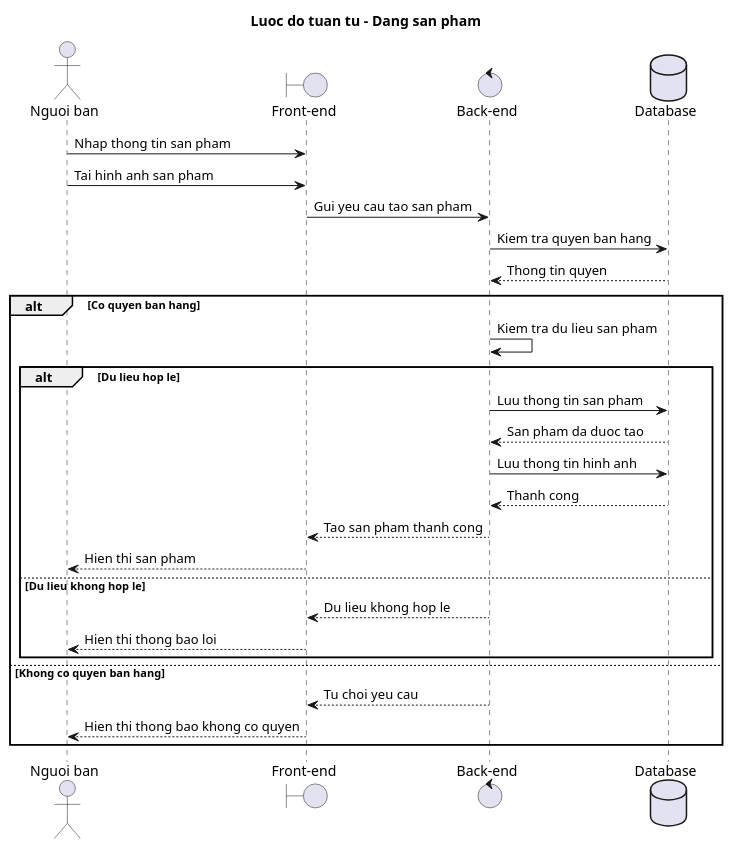
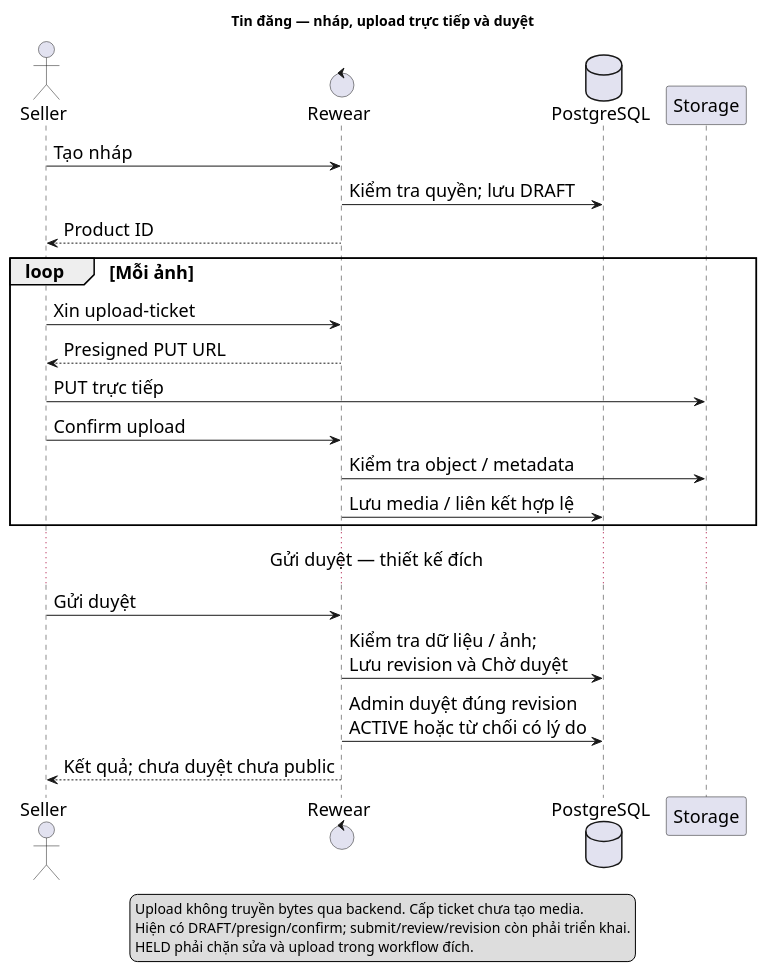
The diagram in docs/diagrams/sequences/create-product.sequence.puml (buihaiduongdev/rewear-be), drawn with PlantUML before and after one commit. The commit also changed 34 other files, not shown here.

Commit message:
docs: align business specifications and report diagrams

```diff
--- a/docs/diagrams/sequences/create-product.sequence.puml
+++ b/docs/diagrams/sequences/create-product.sequence.puml
@@ -1,38 +1,31 @@
 @startuml
-title Luoc do tuan tu - Dang san pham
-
-actor "Nguoi ban" as Seller
-boundary "Front-end" as FE
-control "Back-end" as BE
-database "Database" as DB
-
-Seller -> FE : Nhap thong tin san pham
-Seller -> FE : Tai hinh anh san pham
-FE -> BE : Gui yeu cau tao san pham
-
-BE -> DB : Kiem tra quyen ban hang
-DB --> BE : Thong tin quyen
-
-alt Co quyen ban hang
-    BE -> BE : Kiem tra du lieu san pham
-
-    alt Du lieu hop le
-        BE -> DB : Luu thong tin san pham
-        DB --> BE : San pham da duoc tao
-
-        BE -> DB : Luu thong tin hinh anh
-        DB --> BE : Thanh cong
-
-        BE --> FE : Tao san pham thanh cong
-        FE --> Seller : Hien thi san pham
-    else Du lieu khong hop le
-        BE --> FE : Du lieu khong hop le
-        FE --> Seller : Hien thi thong bao loi
-    end
-
-else Khong co quyen ban hang
-    BE --> FE : Tu choi yeu cau
-    FE --> Seller : Hien thi thong bao khong co quyen
+title Tin đăng — nháp, upload trực tiếp và duyệt
+skinparam shadowing false
+skinparam defaultFontName SansSerif
+skinparam defaultFontSize 18
+actor Seller
+control Rewear as BE
+database PostgreSQL as DB
+participant Storage as S
+Seller -> BE : Tạo nháp
+BE -> DB : Kiểm tra quyền; lưu DRAFT
+BE --> Seller : Product ID
+loop Mỗi ảnh
+ Seller -> BE : Xin upload-ticket
+ BE --> Seller : Presigned PUT URL
+ Seller -> S : PUT trực tiếp
+ Seller -> BE : Confirm upload
+ BE -> S : Kiểm tra object / metadata
+ BE -> DB : Lưu media / liên kết hợp lệ
 end
-
+... Gửi duyệt — thiết kế đích ...
+Seller -> BE : Gửi duyệt
+BE -> DB : Kiểm tra dữ liệu / ảnh;\nLưu revision và Chờ duyệt
+BE -> DB : Admin duyệt đúng revision\nACTIVE hoặc từ chối có lý do
+BE --> Seller : Kết quả; chưa duyệt chưa public
+legend bottom
+Upload không truyền bytes qua backend. Cấp ticket chưa tạo media.
+Hiện có DRAFT/presign/confirm; submit/review/revision còn phải triển khai.
+HELD phải chặn sửa và upload trong workflow đích.
+endlegend
 @enduml
```
